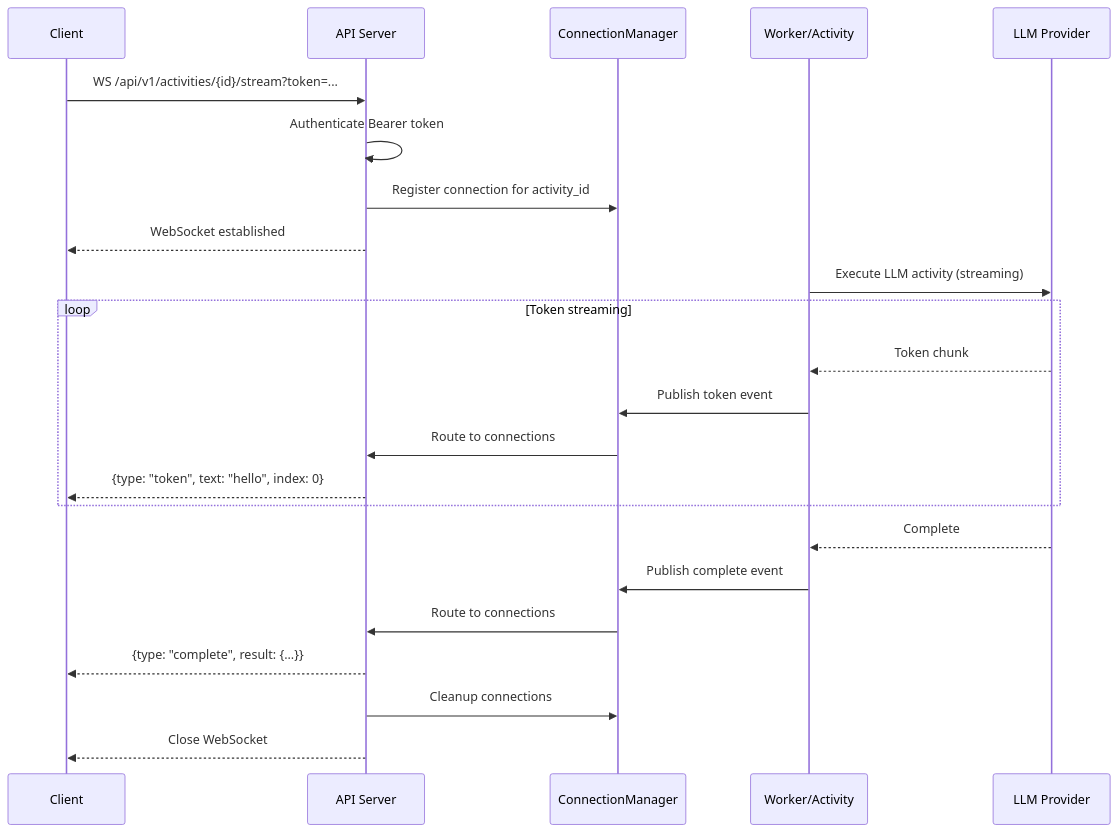
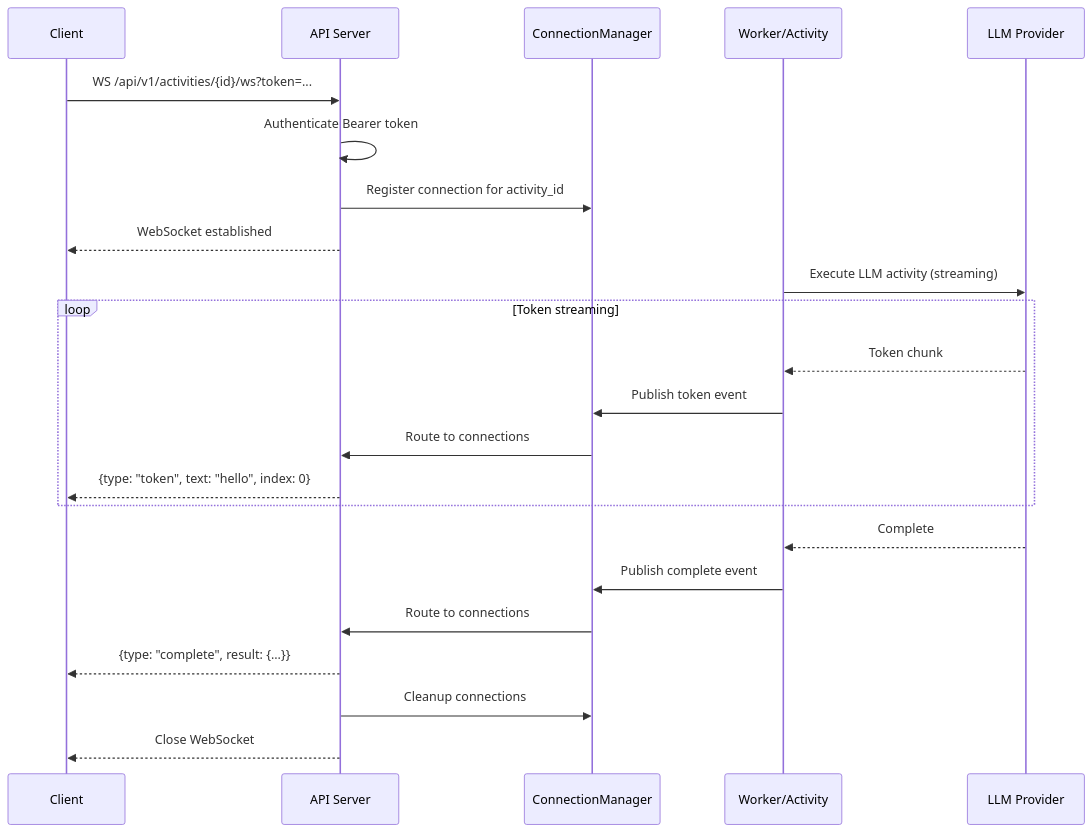
The first of 2 diagrams in docs/implementation/US-1A.9a-websocket-infrastructure.md (kruxia/kruxiaflow), drawn with Mermaid before and after one commit. The commit also changed other lines of this file and 12 other files, not shown here.

````diff
--- a/docs/implementation/US-1A.9a-websocket-infrastructure.md
+++ b/docs/implementation/US-1A.9a-websocket-infrastructure.md
@@ -34,28 +34,28 @@
 ```mermaid
 sequenceDiagram
     participant Client
     participant API as API Server
     participant ConnMgr as ConnectionManager
     participant Worker as Worker/Activity
     participant LLM as LLM Provider
 
-    Client->>API: WS /api/v1/activities/{id}/stream?token=...
+    Client->>API: WS /api/v1/activities/{id}/ws?token=...
     API->>API: Authenticate Bearer token
     API->>ConnMgr: Register connection for activity_id
     API-->>Client: WebSocket established
 
     Worker->>LLM: Execute LLM activity (streaming)
     loop Token streaming
         LLM-->>Worker: Token chunk
         Worker->>ConnMgr: Publish token event
         ConnMgr->>API: Route to connections
         API-->>Client: {type: "token", text: "hello", index: 0}
     end
 
     LLM-->>Worker: Complete
     Worker->>ConnMgr: Publish complete event
     ConnMgr->>API: Route to connections
     API-->>Client: {type: "complete", result: {...}}
     API->>ConnMgr: Cleanup connections
     API-->>Client: Close WebSocket
 ```
````
